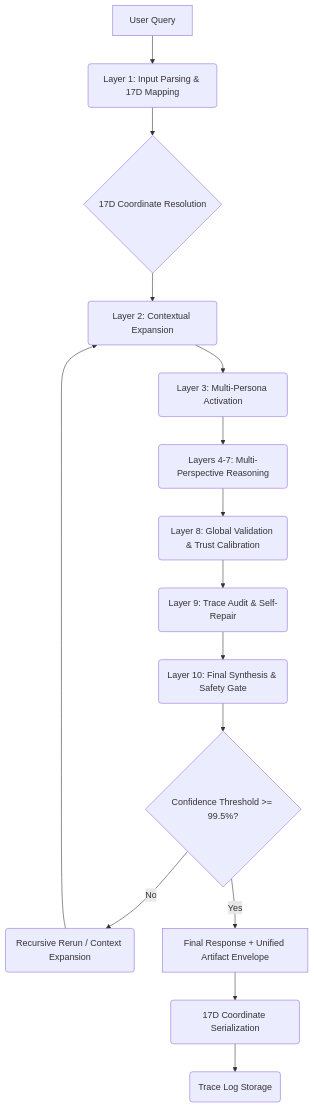
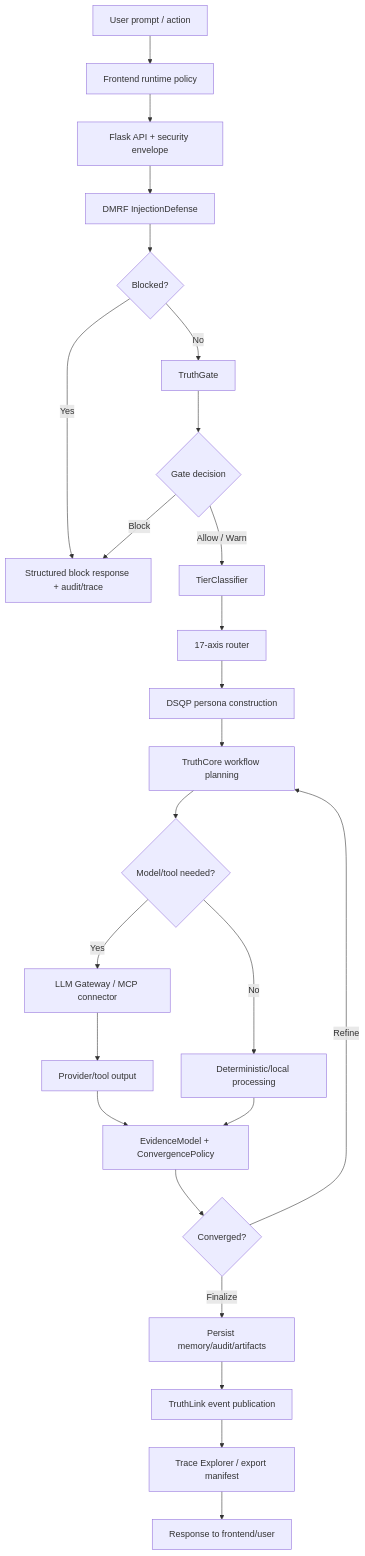
The diagram in docs/WORKFLOW.md (kherrera6219/DataLogicEngine), drawn with Mermaid before and after one commit. The commit also changed other lines of this file, not shown here.

Commit message:
docs: refresh workflow for DMRF lifecycle

````diff
--- a/docs/WORKFLOW.md
+++ b/docs/WORKFLOW.md
@@ -30,17 +68,27 @@
 ```mermaid
-graph TD
-    A[User Query] --> B(Layer 1: Input Parsing & 17D Mapping);
-    B --> C{17D Coordinate Resolution};
-    C --> D(Layer 2: Contextual Expansion);
-    D --> E(Layer 3: Multi-Persona Activation);
-    E --> F(Layers 4-7: Multi-Perspective Reasoning);
-    F --> G(Layer 8: Global Validation & Trust Calibration);
-    G --> H(Layer 9: Trace Audit & Self-Repair);
-    H --> I(Layer 10: Final Synthesis & Safety Gate);
-    I --> J{Confidence Threshold >= 99.5%?};
-    J -- No --> K(Recursive Rerun / Context Expansion);
-    K --> D;
-    J -- Yes --> L[Final Response + Unified Artifact Envelope];
-    L --> M(17D Coordinate Serialization);
-    M --> N(Trace Log Storage);
+flowchart TD
+    A[User prompt / action] --> B[Frontend runtime policy]
+    B --> C[Flask API + security envelope]
+    C --> D[DMRF InjectionDefense]
+    D --> E{Blocked?}
+    E -- Yes --> X[Structured block response + audit/trace]
+    E -- No --> F[TruthGate]
+    F --> G{Gate decision}
+    G -- Block --> X
+    G -- Allow / Warn --> H[TierClassifier]
+    H --> I[17-axis router]
+    I --> J[DSQP persona construction]
+    J --> K[TruthCore workflow planning]
+    K --> L{Model/tool needed?}
+    L -- Yes --> M[LLM Gateway / MCP connector]
+    M --> N[Provider/tool output]
+    L -- No --> O[Deterministic/local processing]
+    N --> P[EvidenceModel + ConvergencePolicy]
+    O --> P
+    P --> Q{Converged?}
+    Q -- Refine --> K
+    Q -- Finalize --> R[Persist memory/audit/artifacts]
+    R --> S[TruthLink event publication]
+    S --> T[Trace Explorer / export manifest]
+    T --> U[Response to frontend/user]
 ```
````
